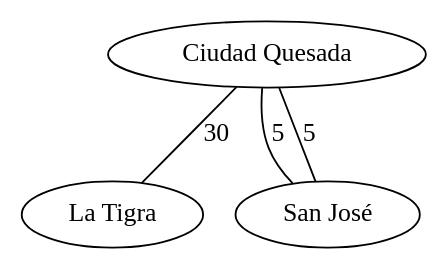
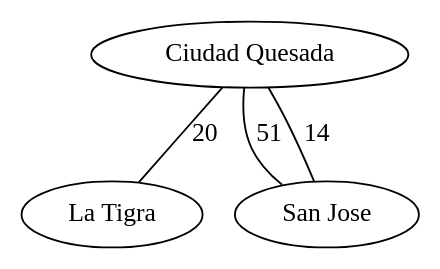
Before and after one commit to Johanx22x/DS-Project-2: the diagram in data.dot, drawn with Graphviz. The commit also changed 9 other files, not shown here.

```diff
--- a/data.dot
+++ b/data.dot
@@ -1,5 +1,5 @@
 graph A {
-	"Ciudad Quesada" -- "La Tigra" [label=30]
-	"Ciudad Quesada" -- "San José" [label=5]
-	"San José" -- "Ciudad Quesada" [label=5]
+	"Ciudad Quesada" -- "La Tigra" [label=20]
+	"Ciudad Quesada" -- "San Jose" [label=51]
+	"San Jose" -- "Ciudad Quesada" [label=14]
 }
```
